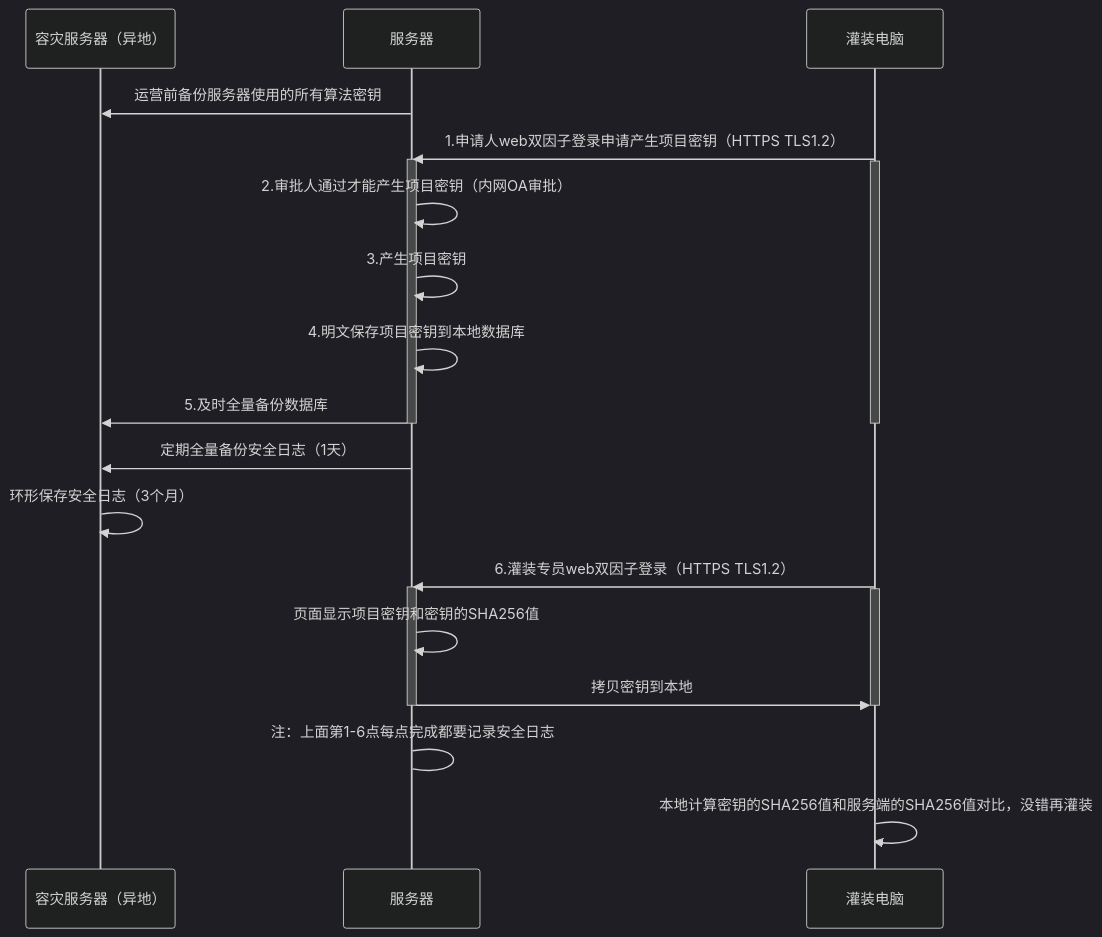
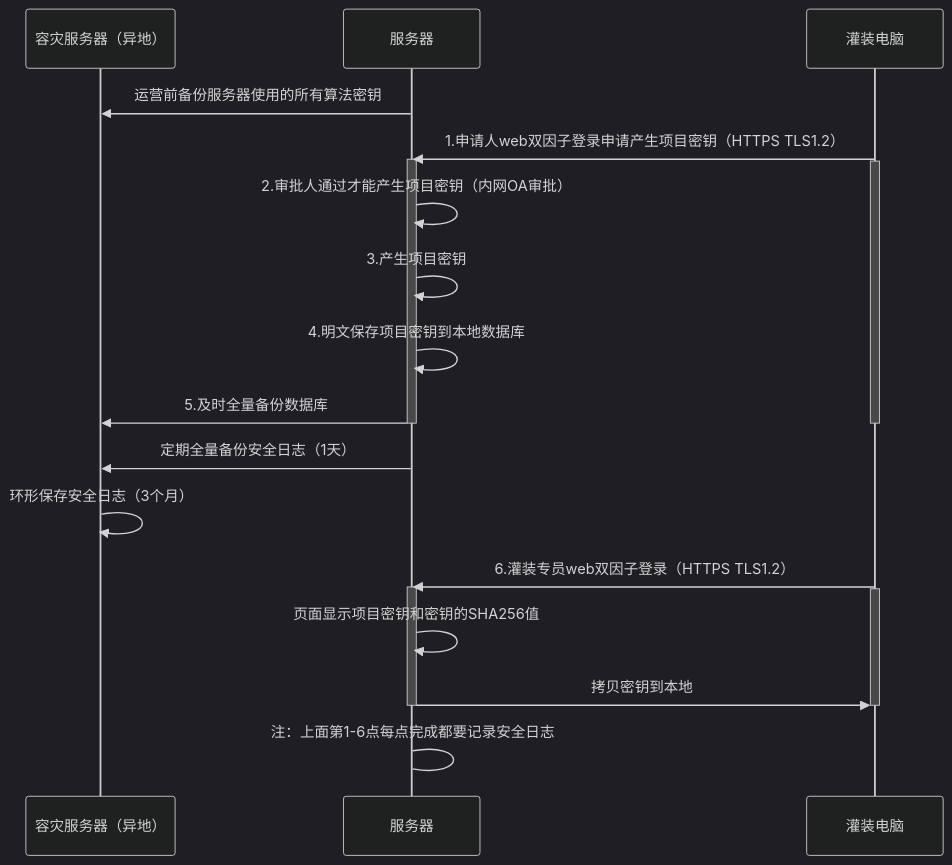
The diagram in all/未命名-23.md (facebook-cloud/iodraw-files), drawn with Mermaid (dark theme) before and after one commit.

Commit message:
2026-04-15 16:29:49 update

````diff
--- a/all/未命名-23.md
+++ b/all/未命名-23.md
@@ -1,34 +1,34 @@
 ```mermaid
 sequenceDiagram
     participant A as 容灾服务器（异地）
     participant B as 服务器
     participant D as 灌装电脑
 
     B->>A: 运营前备份服务器使用的所有算法密钥
     D->>B: 1.申请人web双因子登录申请产生项目密钥（HTTPS TLS1.2）
     activate B
     activate D
     B->>B: 2.审批人通过才能产生项目密钥（内网OA审批）
     B->>B: 3.产生项目密钥
     B->>B: 4.明文保存项目密钥到本地数据库
     B->>A: 5.及时全量备份数据库
 
     deactivate B
     deactivate D
 
     B->>A: 定期全量备份安全日志（1天）
     A->>A: 环形保存安全日志（3个月）
     
     D->>B: 6.灌装专员web双因子登录（HTTPS TLS1.2）
     activate B
     activate D
     B->>B: 页面显示项目密钥和密钥的SHA256值
     B->>D: 拷贝密钥到本地
     deactivate B
     deactivate D
     B->B: 注：上面第1-6点每点完成都要记录安全日志
 
-    D->>D:本地计算密钥的SHA256值和服务端的SHA256值对比，没错再灌装
+
     
 
 ```
````
